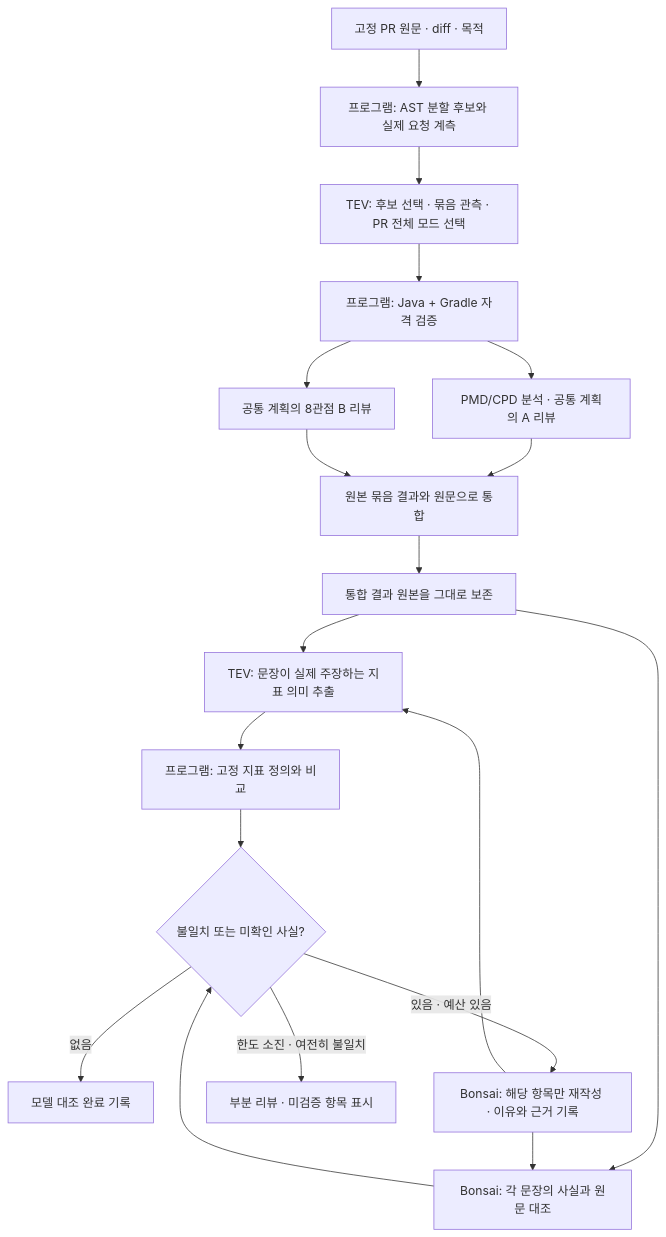
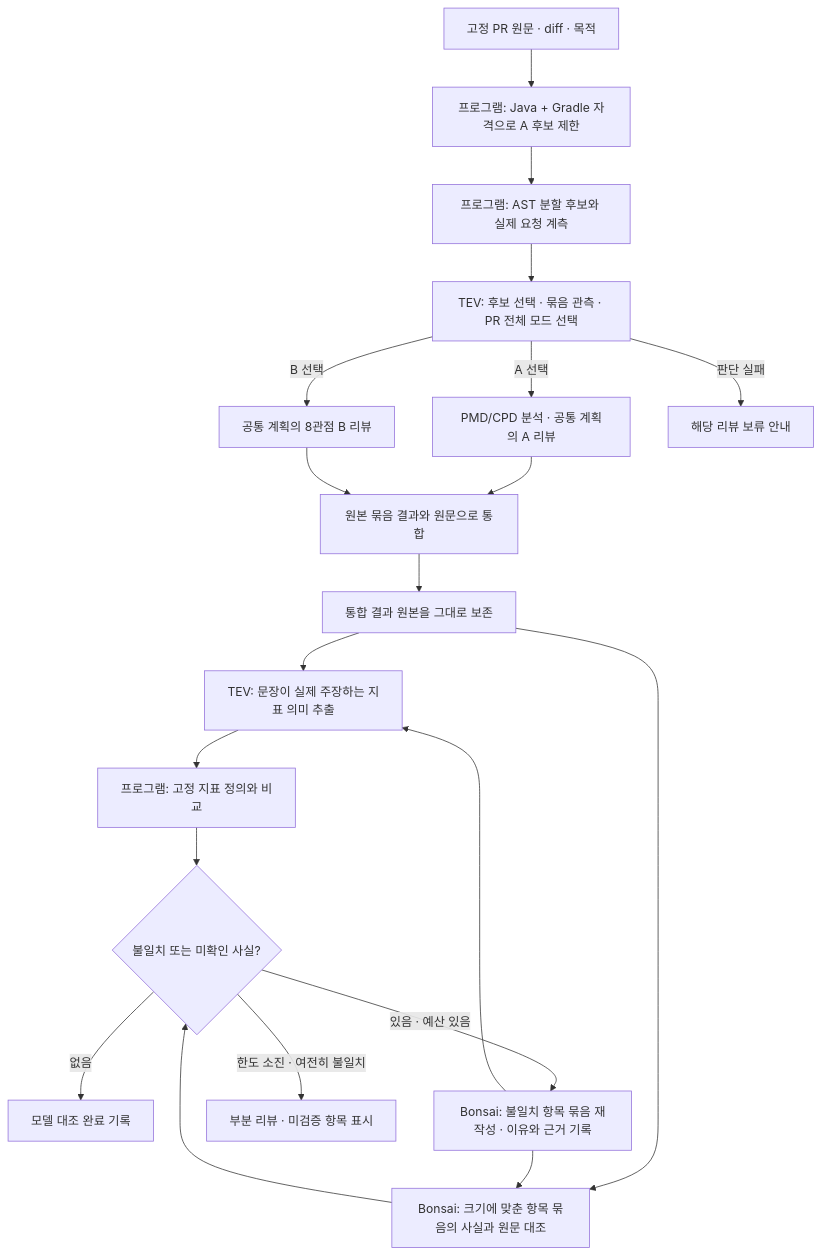
The diagram in docs/review-fact-verification.md (pureliture/intent-review-bot), drawn with Mermaid before and after one commit. The commit also changed other lines of this file and 43 other files, not shown here.

````diff
--- a/docs/review-fact-verification.md
+++ b/docs/review-fact-verification.md
@@ -5,21 +19,22 @@
 ```mermaid
 flowchart TD
-    F[고정 PR 원문 · diff · 목적] --> P[프로그램: AST 분할 후보와 실제 요청 계측]
+    F[고정 PR 원문 · diff · 목적] --> E[프로그램: Java + Gradle 자격으로 A 후보 제한]
+    E --> P[프로그램: AST 분할 후보와 실제 요청 계측]
     P --> T[TEV: 후보 선택 · 묶음 관측 · PR 전체 모드 선택]
-    T --> E[프로그램: Java + Gradle 자격 검증]
-    E --> A[PMD/CPD 분석 · 공통 계획의 A 리뷰]
-    E --> B[공통 계획의 8관점 B 리뷰]
+    T -->|A 선택| A[PMD/CPD 분석 · 공통 계획의 A 리뷰]
+    T -->|B 선택| B[공통 계획의 8관점 B 리뷰]
+    T -->|판단 실패| N[해당 리뷰 보류 안내]
     A --> I[원본 묶음 결과와 원문으로 통합]
     B --> I
     I --> O[통합 결과 원본을 그대로 보존]
     O --> M[TEV: 문장이 실제 주장하는 지표 의미 추출]
     M --> D[프로그램: 고정 지표 정의와 비교]
-    O --> C[Bonsai: 각 문장의 사실과 원문 대조]
+    O --> C[Bonsai: 크기에 맞춘 항목 묶음의 사실과 원문 대조]
     D --> G{불일치 또는 미확인 사실?}
     C --> G
     G -->|없음| R[모델 대조 완료 기록]
-    G -->|있음 · 예산 있음| W[Bonsai: 해당 항목만 재작성 · 이유와 근거 기록]
+    G -->|있음 · 예산 있음| W[Bonsai: 불일치 항목 묶음 재작성 · 이유와 근거 기록]
     W --> M
     W --> C
     G -->|한도 소진 · 여전히 불일치| U[부분 리뷰 · 미검증 항목 표시]
 ```
````
